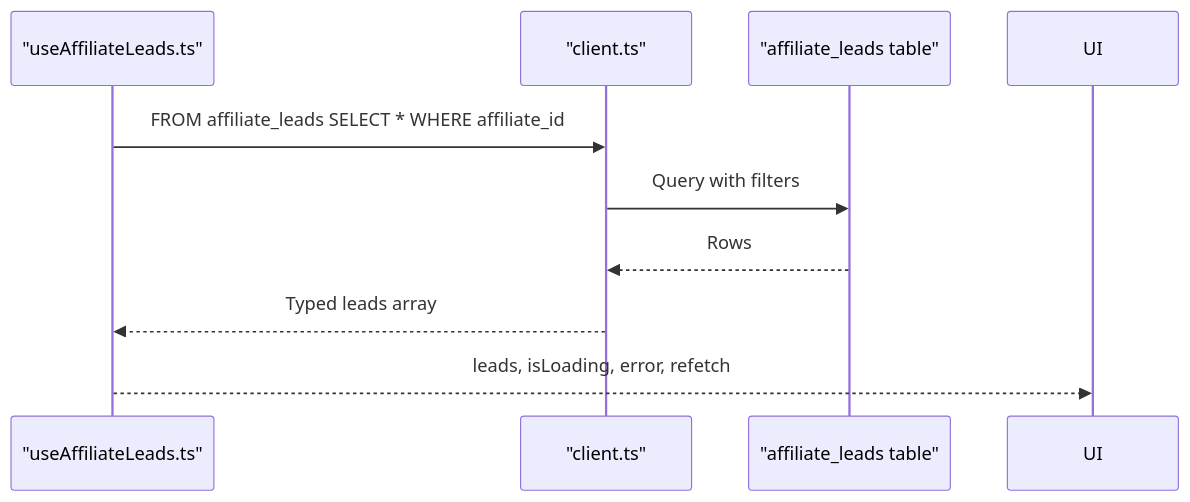
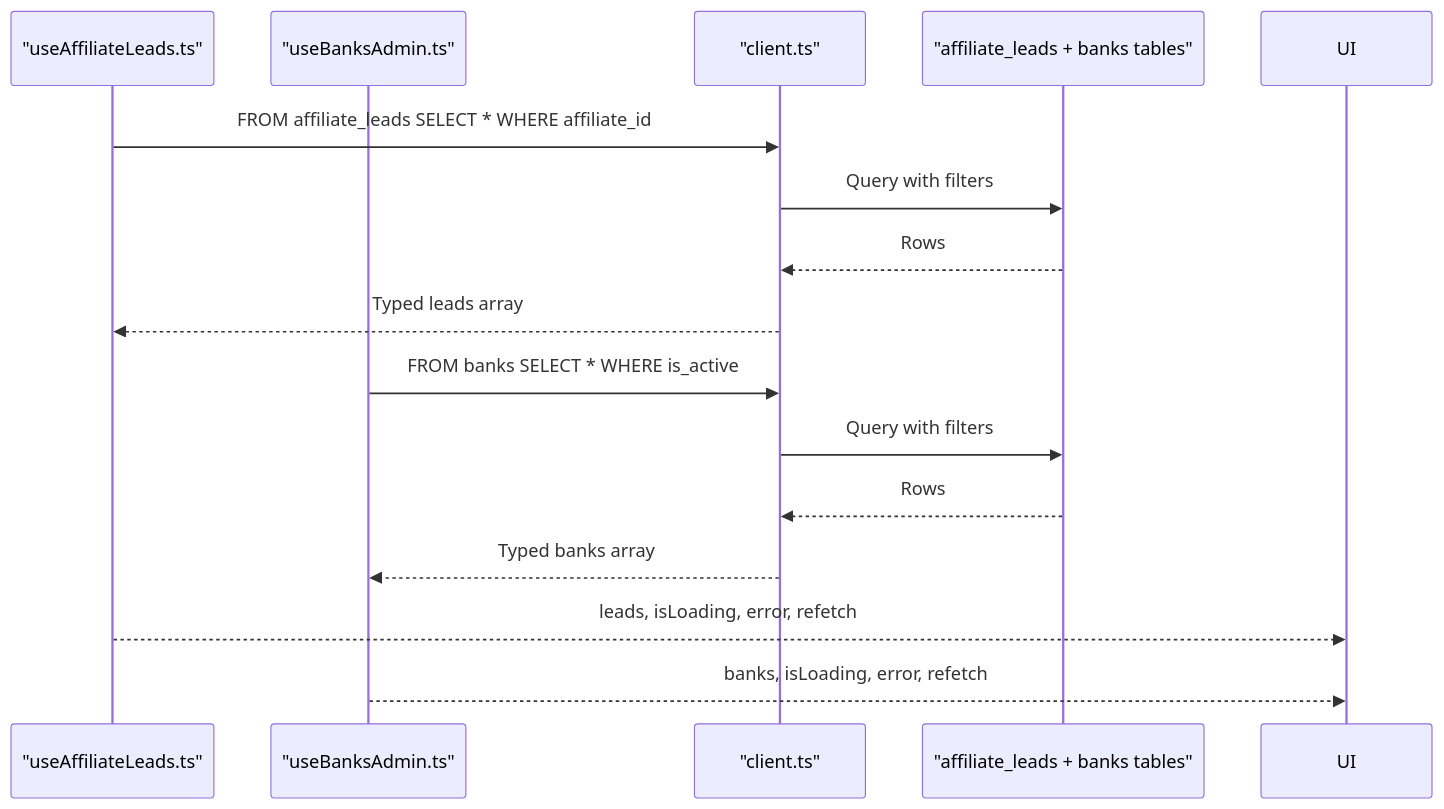
One commit to Hawky1/ryland changed the fourth of 15 diagrams in .qoder/repowiki/en/content/Data Layer & Supabase Integration.md. Above: the diagram before and after it, drawn with Mermaid. The commit also changed other lines of this file and 88 other files, not shown here.

Commit message:
refactor: remove Command Center MVP, add security fixes & admin metadata migrations

````diff
--- a/.qoder/repowiki/en/content/Data Layer & Supabase Integration.md
+++ b/.qoder/repowiki/en/content/Data Layer & Supabase Integration.md
@@ -405,11 +525,17 @@
 ```mermaid
 sequenceDiagram
 participant Hook as "useAffiliateLeads.ts"
+participant CommandHook as "useBanksAdmin.ts"
 participant Client as "client.ts"
-participant DB as "affiliate_leads table"
+participant DB as "affiliate_leads + banks tables"
 Hook->>Client : FROM affiliate_leads SELECT * WHERE affiliate_id
 Client->>DB : Query with filters
 DB-->>Client : Rows
 Client-->>Hook : Typed leads array
+CommandHook->>Client : FROM banks SELECT * WHERE is_active
+Client->>DB : Query with filters
+DB-->>Client : Rows
+Client-->>CommandHook : Typed banks array
 Hook-->>UI : leads, isLoading, error, refetch
+CommandHook-->>UI : banks, isLoading, error, refetch
 ```
````
